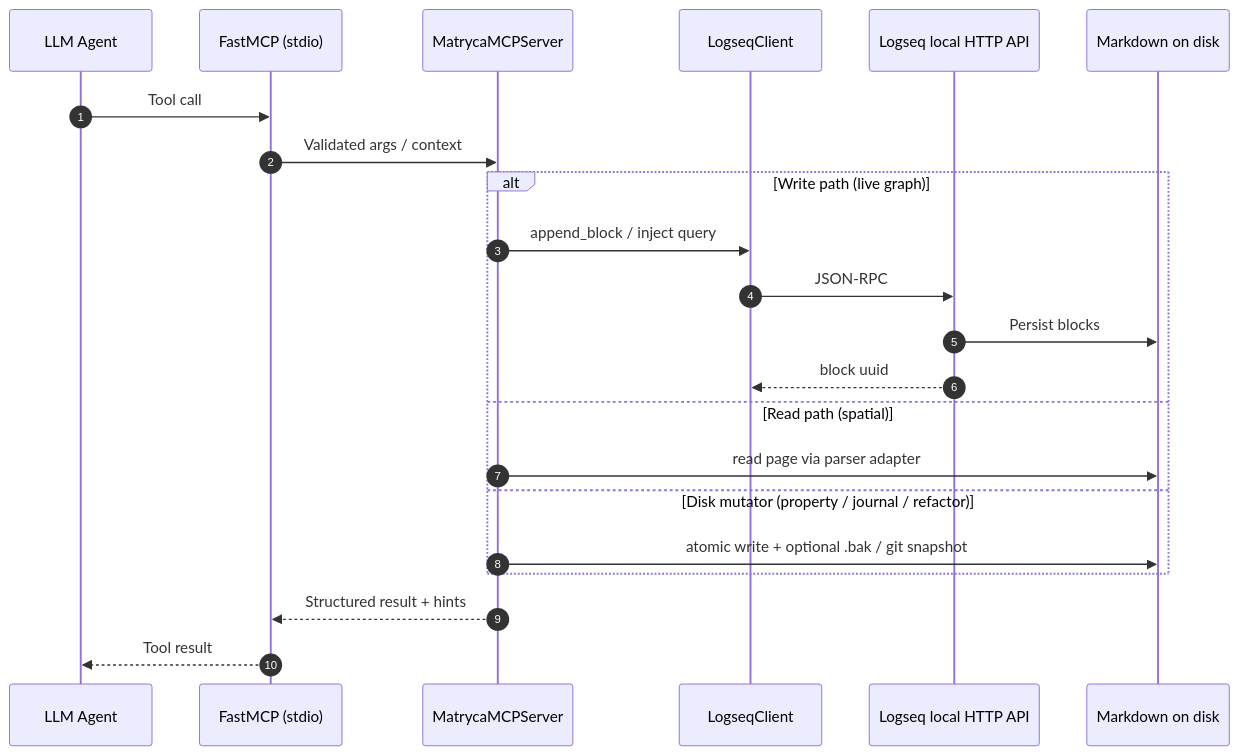
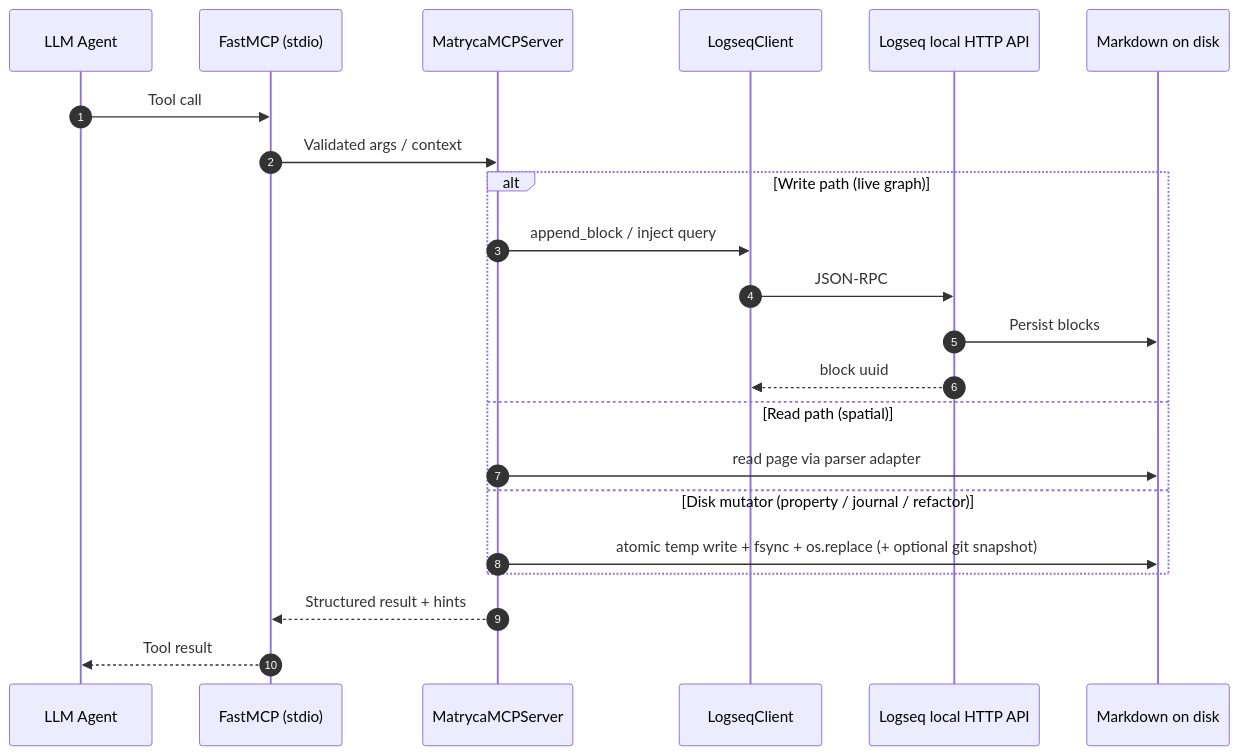
Before and after one commit to MarcoPorcellato/matryca-logseq-llm-wiki: the third of 6 diagrams in docs/ARCHITECTURE.md, drawn with Mermaid. The commit also changed other lines of this file and 7 other files, not shown here.

````diff
--- a/docs/ARCHITECTURE.md
+++ b/docs/ARCHITECTURE.md
@@ -77,25 +77,25 @@
 ```mermaid
 sequenceDiagram
     autonumber
     participant LLM as LLM Agent
     participant MCP as FastMCP (stdio)
     participant Bridge as MatrycaMCPServer
     participant Client as LogseqClient
     participant API as Logseq local HTTP API
     participant FS as Markdown on disk
 
     LLM->>MCP: Tool call
     MCP->>Bridge: Validated args / context
     alt Write path (live graph)
         Bridge->>Client: append_block / inject query
         Client->>API: JSON-RPC
         API->>FS: Persist blocks
         API-->>Client: block uuid
     else Read path (spatial)
         Bridge->>FS: read page via parser adapter
     else Disk mutator (property / journal / refactor)
-        Bridge->>FS: atomic write + optional .bak / git snapshot
+        Bridge->>FS: atomic temp write + fsync + os.replace (+ optional git snapshot)
     end
     Bridge-->>MCP: Structured result + hints
     MCP-->>LLM: Tool result
 ```
````
